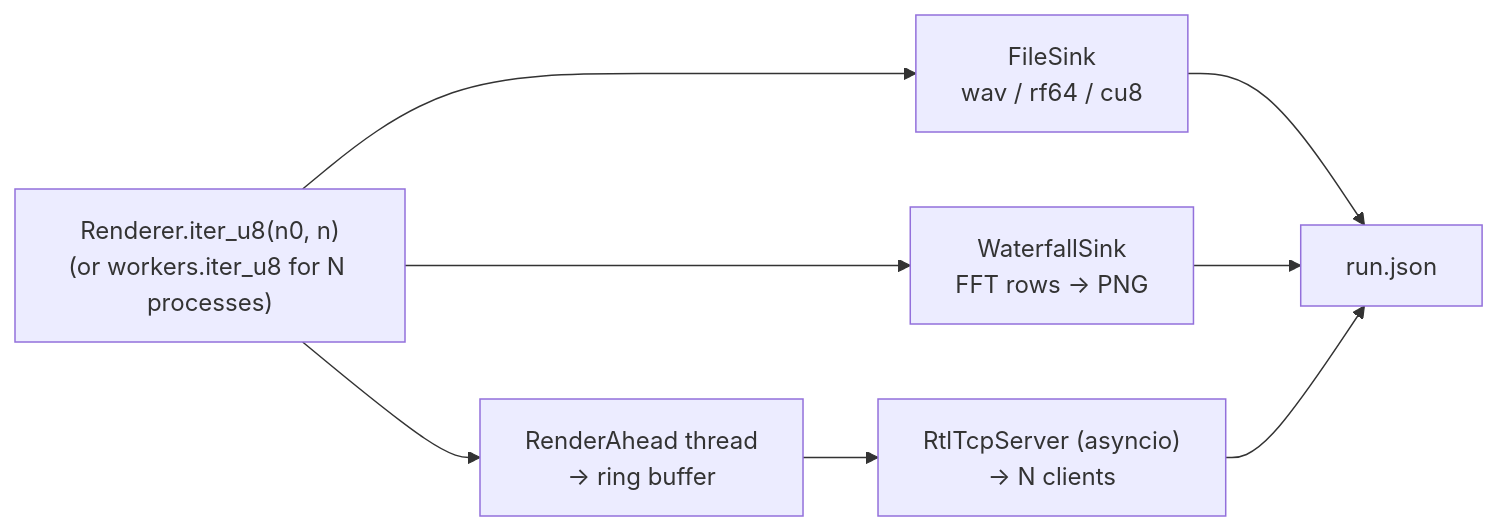
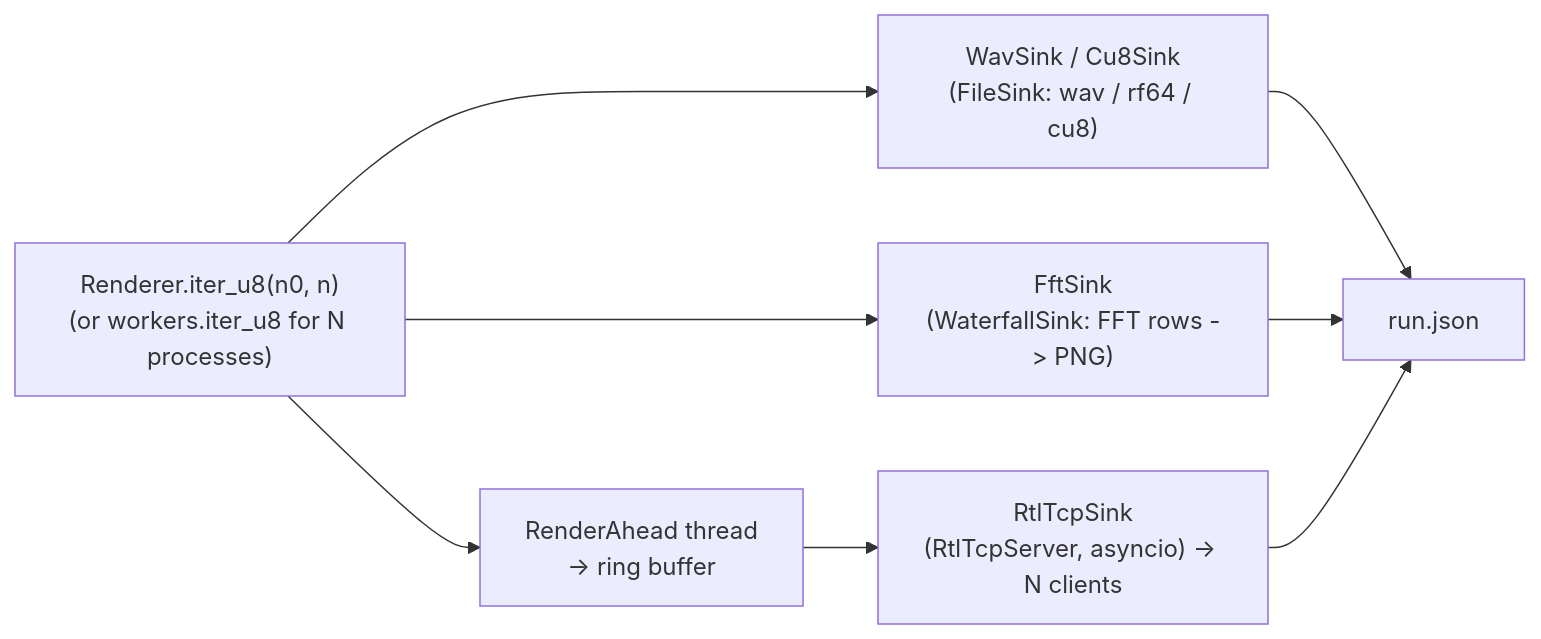
Diagram 17 of 23 in HOW-IT-WORKS.md (BUSH222/ASSIST), drawn with Mermaid before and after one commit. The commit also changed other lines of this file and 142 other files, not shown here.

````diff
--- a/HOW-IT-WORKS.md
+++ b/HOW-IT-WORKS.md
@@ -1741,10 +1841,10 @@
 ```mermaid
 flowchart LR
-    RD["Renderer.iter_u8(n0, n)<br/>(or workers.iter_u8 for N processes)"] --> F["FileSink<br/>wav / rf64 / cu8"]
-    RD --> W["WaterfallSink<br/>FFT rows -> PNG"]
+    RD["Renderer.iter_u8(n0, n)<br/>(or workers.iter_u8 for N processes)"] --> F["WavSink / Cu8Sink<br/>(FileSink: wav / rf64 / cu8)"]
+    RD --> W["FftSink<br/>(WaterfallSink: FFT rows -> PNG)"]
     RD --> RA["RenderAhead thread<br/>-> ring buffer"]
-    RA --> SRV["RtlTcpServer (asyncio)<br/>-> N clients"]
+    RA --> SRV["RtlTcpSink<br/>(RtlTcpServer, asyncio) -> N clients"]
     F --> RJ["run.json"]
     W --> RJ
     SRV --> RJ
 ```
````
